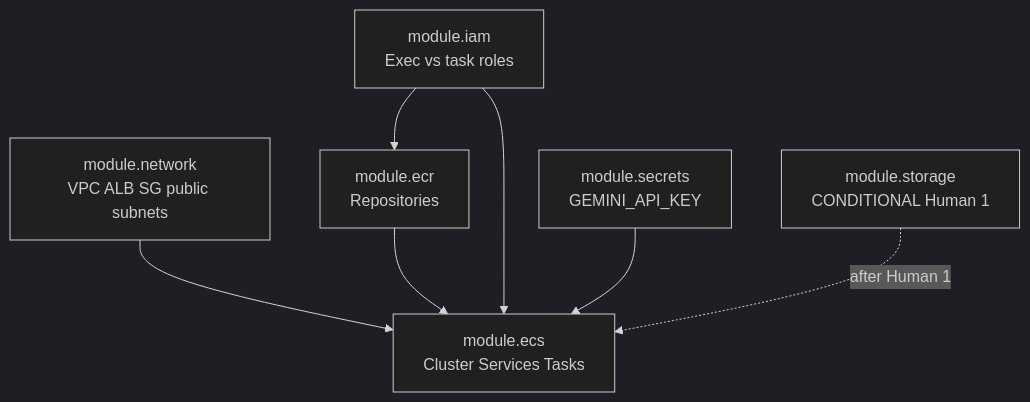
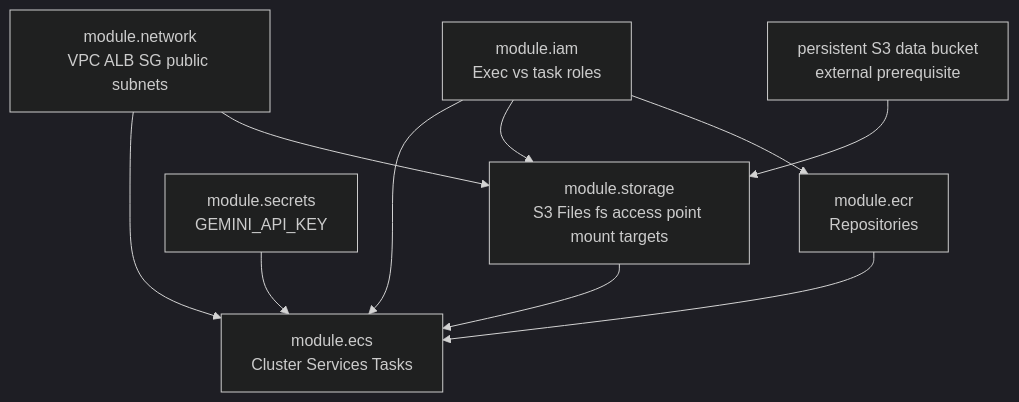
Before and after one commit to EnDisciple13/Covenant_Pipeline: the diagram in docs/platform-engineering/blueprints/PE_RM_Phase3.md, drawn with Mermaid (dark theme). The commit also changed other lines of this file and 2 other files, not shown here.

````diff
--- a/docs/platform-engineering/blueprints/PE_RM_Phase3.md
+++ b/docs/platform-engineering/blueprints/PE_RM_Phase3.md
@@ -285,16 +289,20 @@
 ```mermaid
 flowchart TD
   network["module.network\nVPC ALB SG public subnets"]
   ecr["module.ecr\nRepositories"]
   iam["module.iam\nExec vs task roles"]
   secrets["module.secrets\nGEMINI_API_KEY"]
-  storage["module.storage\nCONDITIONAL Human 1"]
+  storage["module.storage\nS3 Files fs access point mount targets"]
+  dataBucket["persistent S3 data bucket\nexternal prerequisite"]
   ecs["module.ecs\nCluster Services Tasks"]
 
   network --> ecs
   ecr --> ecs
   iam --> ecs
   secrets --> ecs
-  storage -.->|"after Human 1"| ecs
+  dataBucket --> storage
+  network --> storage
+  iam --> storage
+  storage --> ecs
   iam --> ecr
 ```
````
